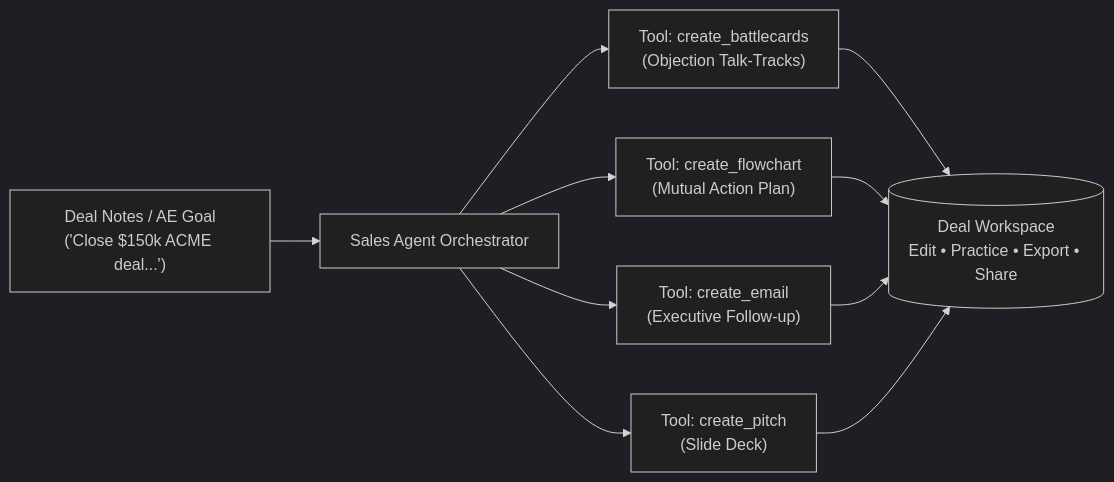
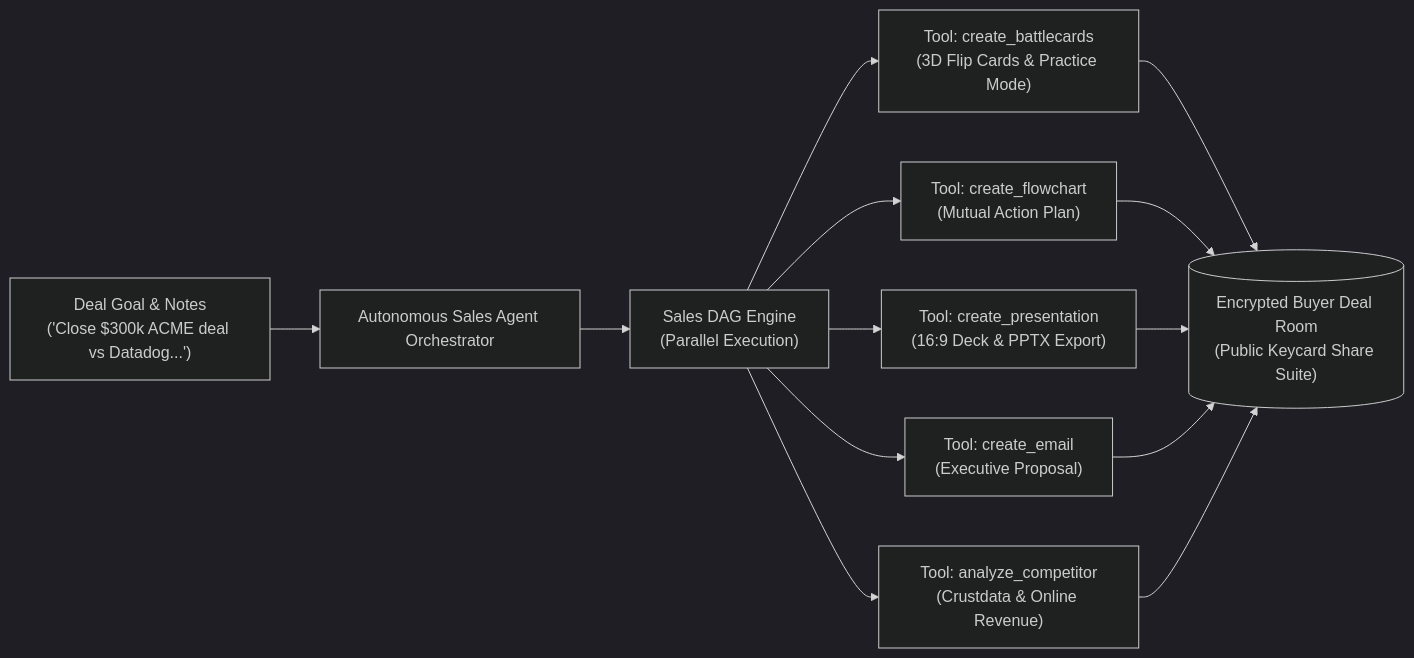
The first of 3 diagrams in README.md (Viswesh934/BUST), drawn with Mermaid (dark theme) before and after one commit. The commit also changed other lines of this file, not shown here.

````diff
--- a/README.md
+++ b/README.md
@@ -14,12 +27,12 @@
 ```mermaid
 flowchart LR
-    DealPrompt["Deal Notes / AE Goal\n('Close $150k ACME deal...')"] --> Agent["Sales Agent Orchestrator"]
-    Agent --> BCard["Tool: create_battlecards\n(Objection Talk-Tracks)"]
-    Agent --> MAP["Tool: create_flowchart\n(Mutual Action Plan)"]
-    Agent --> Email["Tool: create_email\n(Executive Follow-up)"]
-    Agent --> Pitch["Tool: create_pitch\n(Slide Deck)"]
-    BCard --> DealRoom[("Deal Workspace\nEdit • Practice • Export • Share")]
-    MAP --> DealRoom
-    Email --> DealRoom
-    Pitch --> DealRoom
+    DealPrompt["Deal Goal & Notes\n('Close $300k ACME deal vs Datadog...')"] --> Agent["Autonomous Sales Agent Orchestrator"]
+    Agent --> DAG["Sales DAG Engine\n(Parallel Execution)"]
+    DAG --> BCard["Tool: create_battlecards\n(3D Flip Cards & Practice Mode)"]
+    DAG --> MAP["Tool: create_flowchart\n(Mutual Action Plan)"]
+    DAG --> Deck["Tool: create_presentation\n(16:9 Deck & PPTX Export)"]
+    DAG --> Email["Tool: create_email\n(Executive Proposal)"]
+    DAG --> Comp["Tool: analyze_competitor\n(Crustdata & Online Revenue)"]
+    
+    BCard & MAP & Deck & Email & Comp --> DealRoom[("Encrypted Buyer Deal Room\n(Public Keycard Share Suite)")]
 ```
````
